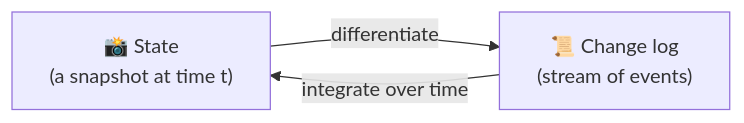
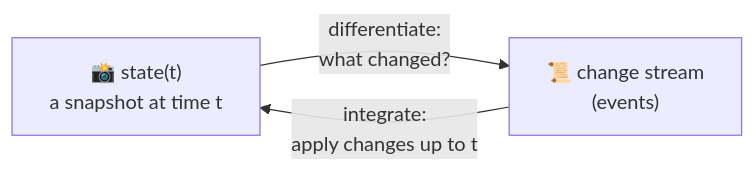
One commit to pratikguru998/ddia-book changed diagram 14 of 29 in docs/chapters/part-3/11-stream-processing.mdx. Above: the diagram before and after it, drawn with Mermaid. The commit also changed other lines of this file and 13 other files, not shown here.

Commit message:
Expand all 12 chapters: every book subsection, deeper notes, ~320 diagrams

````diff
--- a/docs/chapters/part-3/11-stream-processing.mdx
+++ b/docs/chapters/part-3/11-stream-processing.mdx
@@ -112,5 +601,5 @@
 ```mermaid
 flowchart LR
-  ST["📸 State<br/>(a snapshot at time t)"] -->|"differentiate"| CL["📜 Change log<br/>(stream of events)"]
-  CL -->|"integrate over time"| ST
+  ST["📸 state(t)<br/>a snapshot at time t"] -->|"differentiate:<br/>what changed?"| CL["📜 change stream<br/>(events)"]
+  CL -->|"integrate:<br/>apply changes up to t"| ST
 ```
````
